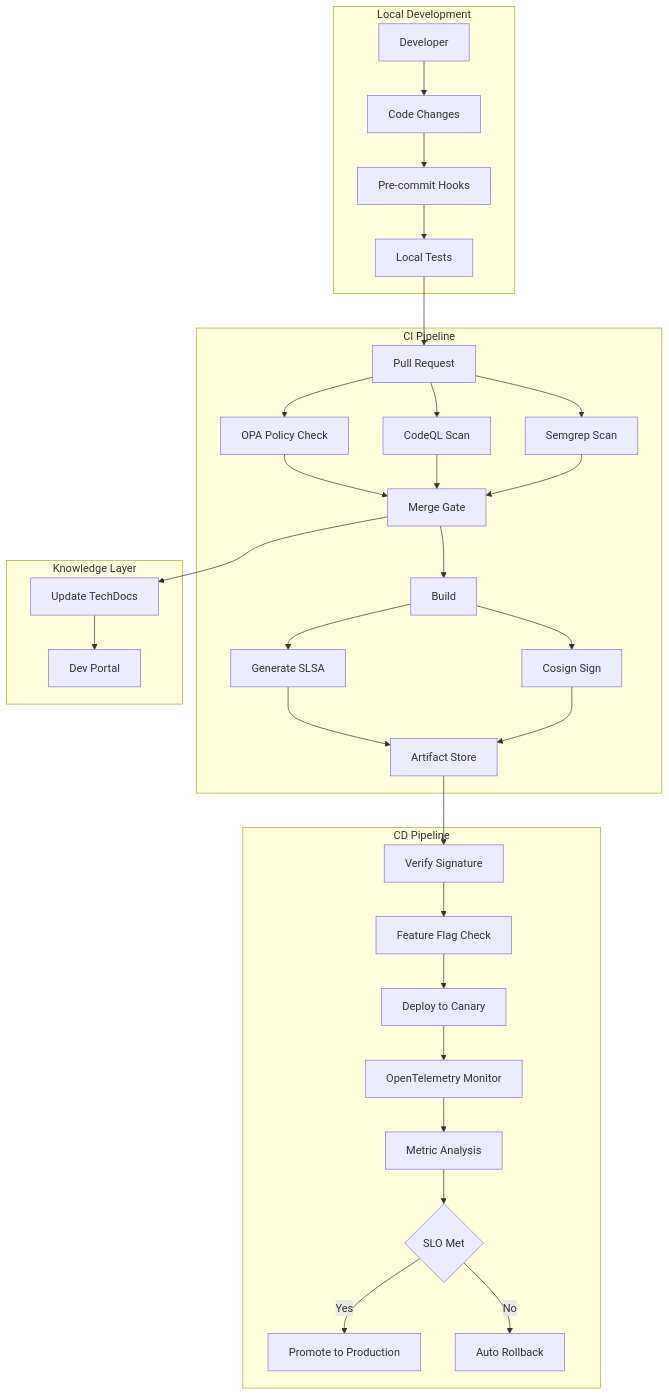
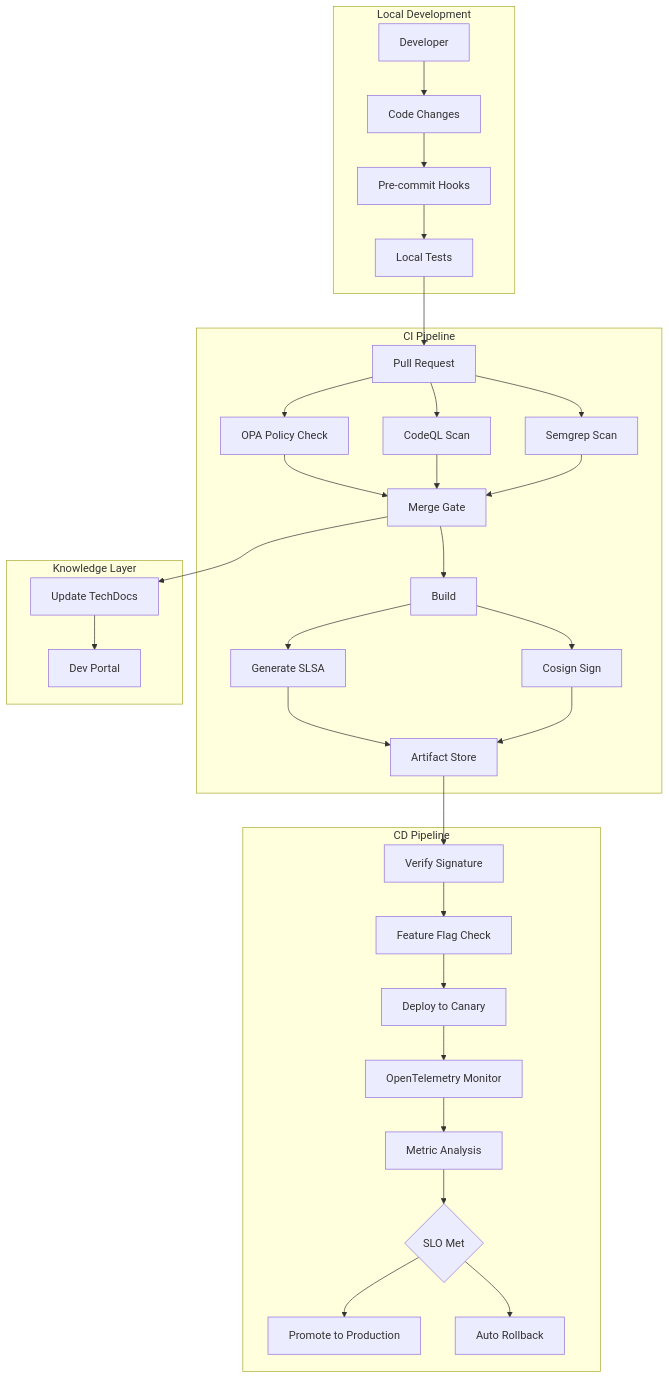
Before and after one commit to TTaoGaming/Hive-Fleet-Obsidian-2025: the second of 4 diagrams in hfo_research_doc/ai-safety-hallucination-mitigation-platform-patterns.md, drawn with Mermaid. The commit also changed other lines of this file and 1 other file, not shown here.

Commit message:
Fix Mermaid diagrams to follow AGENTS.md parser-safe conventions

````diff
--- a/hfo_research_doc/ai-safety-hallucination-mitigation-platform-patterns.md
+++ b/hfo_research_doc/ai-safety-hallucination-mitigation-platform-patterns.md
@@ -703,39 +703,39 @@
 ```mermaid
 graph TB
   subgraph Local Development
     DEV[Developer] --> CODE[Code Changes]
     CODE --> PRECOMMIT[Pre-commit Hooks]
     PRECOMMIT --> LOCALTEST[Local Tests]
   end
   
   subgraph CI Pipeline
     LOCALTEST --> PR[Pull Request]
     PR --> POLICY[OPA Policy Check]
     PR --> CODEQL[CodeQL Scan]
     PR --> SEMGREP[Semgrep Scan]
     POLICY --> GATE1[Merge Gate]
     CODEQL --> GATE1
     SEMGREP --> GATE1
     GATE1 --> BUILD[Build]
     BUILD --> SLSA[Generate SLSA]
     BUILD --> SIGN[Cosign Sign]
     SLSA --> ARTIFACT[Artifact Store]
     SIGN --> ARTIFACT
   end
   
   subgraph CD Pipeline
     ARTIFACT --> VERIFY[Verify Signature]
     VERIFY --> FLAGCHECK[Feature Flag Check]
     FLAGCHECK --> DEPLOY[Deploy to Canary]
     DEPLOY --> MONITOR[OpenTelemetry Monitor]
     MONITOR --> ANALYZE[Metric Analysis]
     ANALYZE --> DECISION{SLO Met}
-    DECISION -->|Yes| PROMOTE[Promote to Production]
-    DECISION -->|No| ROLLBACK[Auto Rollback]
+    DECISION --> PROMOTE[Promote to Production]
+    DECISION --> ROLLBACK[Auto Rollback]
   end
   
   subgraph Knowledge Layer
     GATE1 --> DOCS[Update TechDocs]
     DOCS --> PORTAL[Dev Portal]
   end
 ```
````
